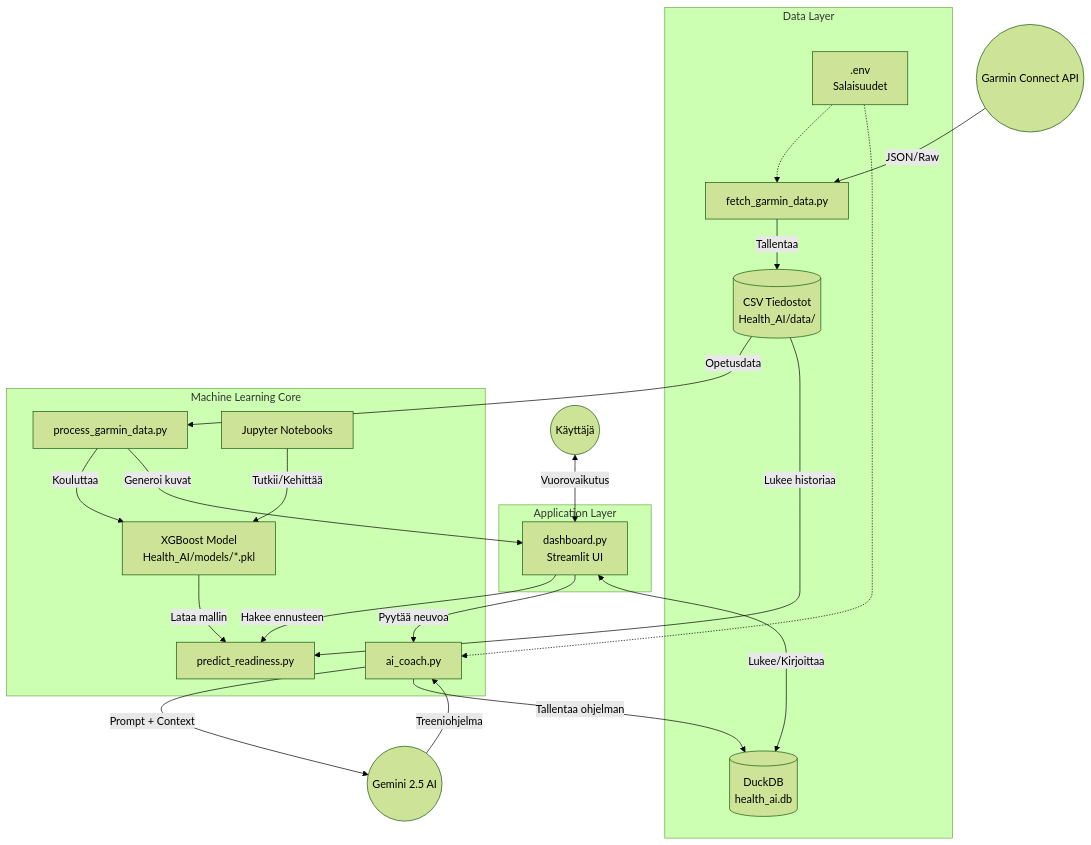
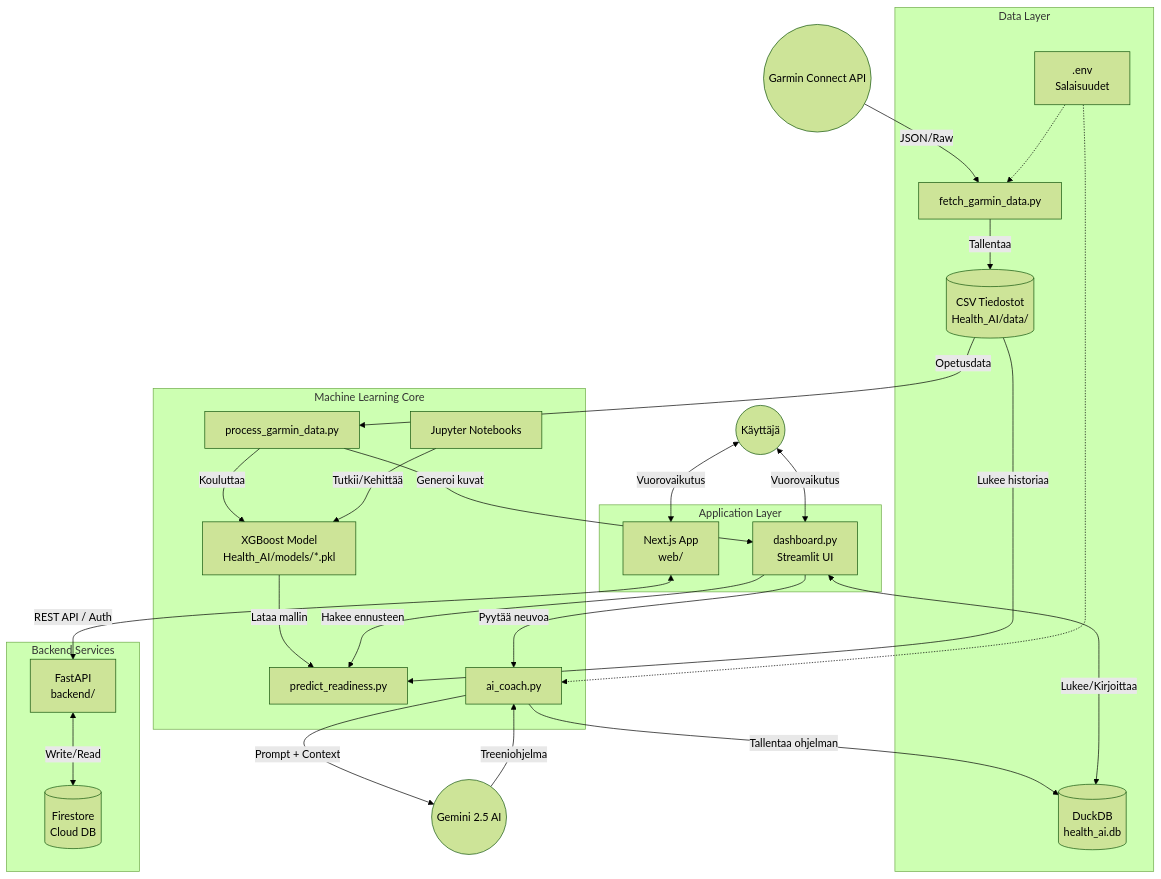
Before and after one commit to Sami-Python/Health_AI: the diagram in arkkitehtuuri.md, drawn with Mermaid (forest theme). The commit also changed other lines of this file and 22 other files, not shown here.

````diff
--- a/arkkitehtuuri.md
+++ b/arkkitehtuuri.md
@@ -8,55 +8,67 @@
 ```mermaid
 graph TD
     %% Ulkoiset Palvelut
     Garmin((Garmin Connect API))
     Gemini((Gemini 2.5 AI))
     User((Käyttäjä))
 
     %% Data Layer
     subgraph "Data Layer"
         Fetcher[fetch_garmin_data.py]
         CSV[(CSV Tiedostot<br/>Health_AI/data/)]
         DuckDB[(DuckDB<br/>health_ai.db)]
         Secrets[.env<br/>Salaisuudet]
     end
 
     %% Koneoppiminen & Logiikka
     subgraph "Machine Learning Core"
         Processor[process_garmin_data.py]
         XGB_Model[XGBoost Model<br/>Health_AI/models/*.pkl]
         Predictor[predict_readiness.py]
         CoachLogic[ai_coach.py]
         Analyst[Jupyter Notebooks]
     end
 
     %% Käyttöliittymä
     subgraph "Application Layer"
         Dashboard[dashboard.py<br/>Streamlit UI]
+        WebFrontend[Next.js App<br/>web/]
+    end
+
+    %% Backend Services
+    subgraph "Backend Services"
+        FastAPI[FastAPI<br/>backend/]
+        Firestore[(Firestore<br/>Cloud DB)]
     end
 
     %% Data Flow
     Garmin -->|JSON/Raw| Fetcher
     Secrets -.-> Fetcher
     Secrets -.-> CoachLogic
     Fetcher -->|Tallentaa| CSV
     
     CSV -->|Opetusdata| Processor
     Processor -->|Kouluttaa| XGB_Model
     Processor -->|Generoi kuvat| Dashboard
     
     CSV -->|Lukee historiaa| Predictor
     XGB_Model -->|Lataa mallin| Predictor
     
     %% UI Flow
     User <-->|Vuorovaikutus| Dashboard
+    User <-->|Vuorovaikutus| WebFrontend
+    
+    WebFrontend <-->|REST API / Auth| FastAPI
+    FastAPI <-->|Write/Read| Firestore
+    
     Dashboard -->|Hakee ennusteen| Predictor
     Dashboard -->|Pyytää neuvoa| CoachLogic
     
     CoachLogic -->|Prompt + Context| Gemini
     Gemini -->|Treeniohjelma| CoachLogic
     
     CoachLogic -->|Tallentaa ohjelman| DuckDB
     Dashboard <-->|Lukee/Kirjoittaa| DuckDB
     
     Analyst -->|Tutkii/Kehittää| XGB_Model
 ```
````
